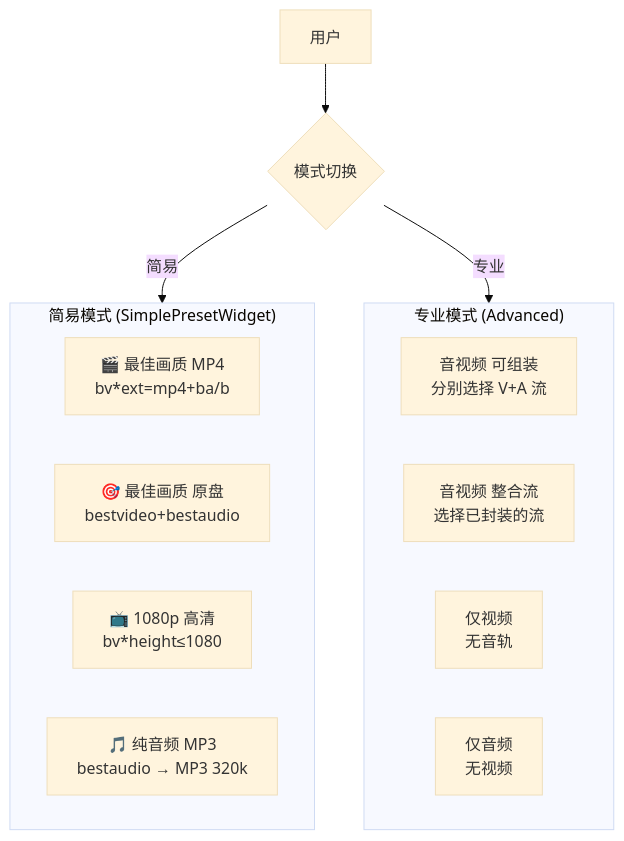
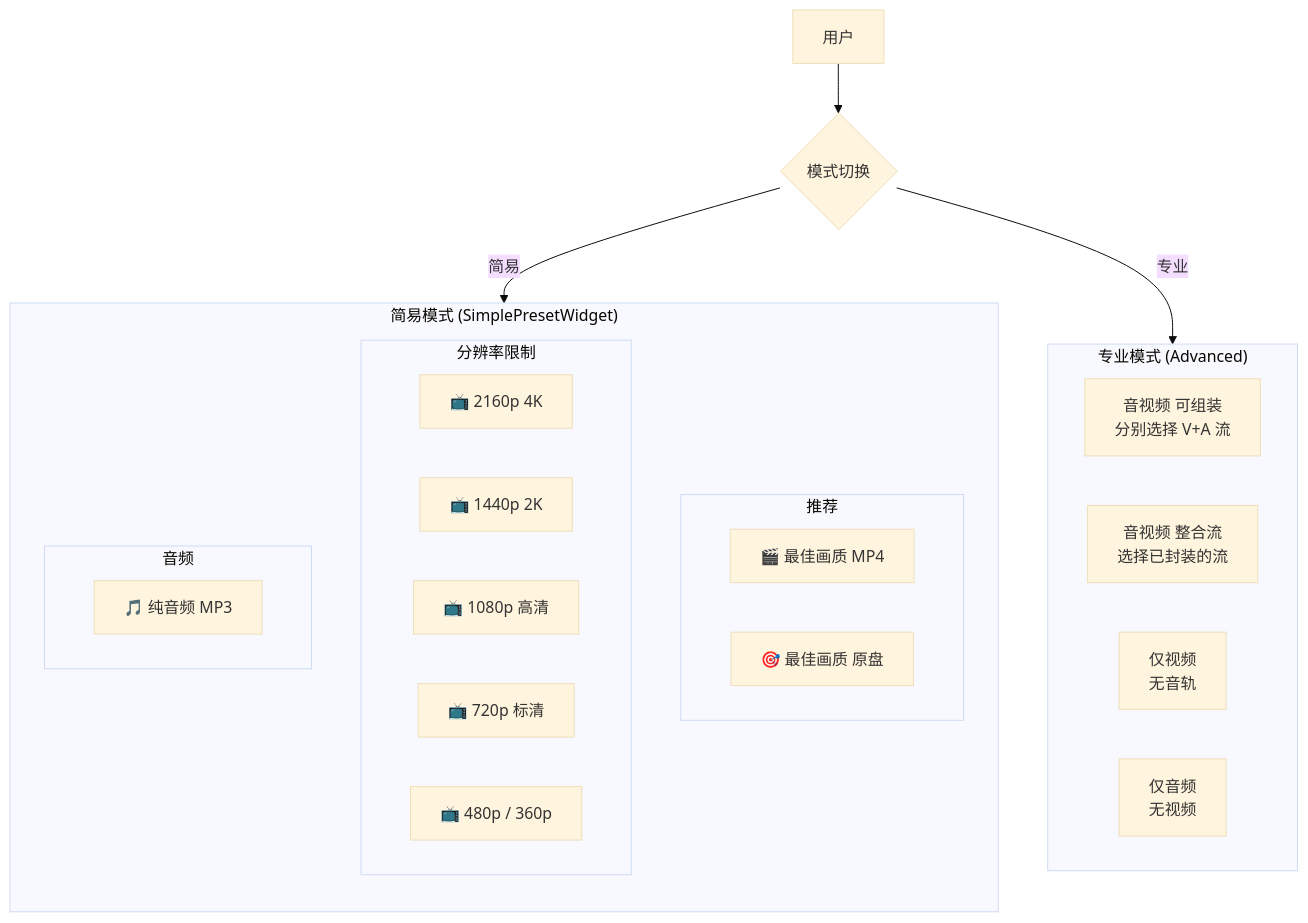
Before and after one commit to prideicker/FluentYTDL: the fifth of 24 diagrams in docs/ARCHITECTURE.md, drawn with Mermaid (base theme). The commit also changed other lines of this file and 2 other files, not shown here.

Commit message:
feat: 添加单视频简易模式分辨率预设 (2160p~360p)

````diff
--- a/docs/ARCHITECTURE.md
+++ b/docs/ARCHITECTURE.md
@@ -253,20 +253,31 @@
 ```mermaid
 flowchart TB
     subgraph Simple["简易模式 (SimplePresetWidget)"]
-        P1[🎬 最佳画质 MP4<br/>bv*ext=mp4+ba/b]
-        P2[🎯 最佳画质 原盘<br/>bestvideo+bestaudio]
-        P3[📺 1080p 高清<br/>bv*height≤1080]
-        P4[🎵 纯音频 MP3<br/>bestaudio → MP3 320k]
+        direction TB
+        subgraph Recommend["推荐"]
+            P1[🎬 最佳画质 MP4]
+            P2[🎯 最佳画质 原盘]
+        end
+        subgraph Resolution["分辨率限制"]
+            P3[📺 2160p 4K]
+            P4[📺 1440p 2K]
+            P5[📺 1080p 高清]
+            P6[📺 720p 标清]
+            P7[📺 480p / 360p]
+        end
+        subgraph Audio["音频"]
+            P8[🎵 纯音频 MP3]
+        end
     end
     
     subgraph Advanced["专业模式 (Advanced)"]
         M1[音视频 可组装<br/>分别选择 V+A 流]
         M2[音视频 整合流<br/>选择已封装的流]
         M3[仅视频<br/>无音轨]
         M4[仅音频<br/>无视频]
     end
     
     User[用户] --> Toggle{模式切换}
     Toggle -->|简易| Simple
     Toggle -->|专业| Advanced
 ```
````
